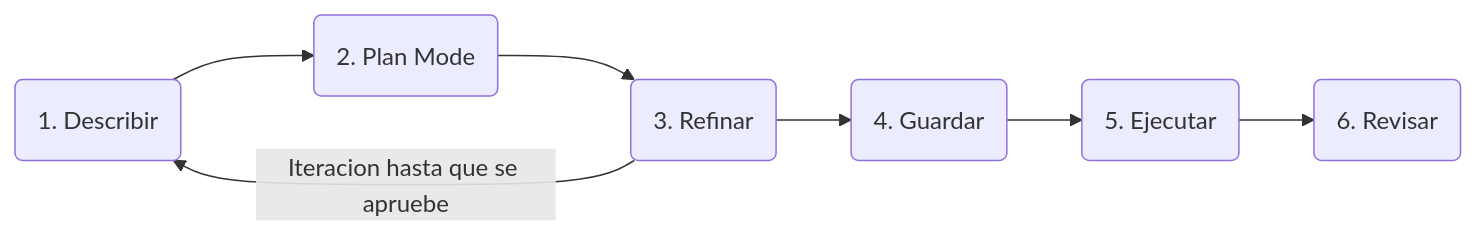
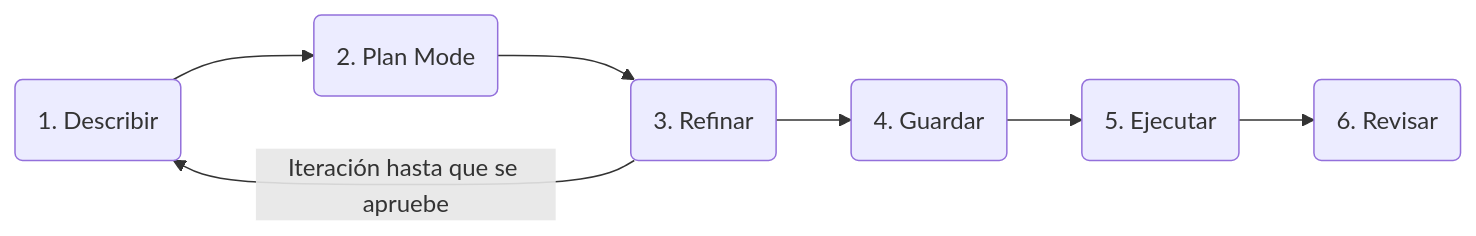
One commit to sramire3000/documentacion changed the diagram in OpenCode/SpecDrivenDevelopment.md. Above: the diagram before and after it, drawn with Mermaid.

Commit message:
Fix formatting of iteration arrow in diagram

````diff
--- a/OpenCode/SpecDrivenDevelopment.md
+++ b/OpenCode/SpecDrivenDevelopment.md
@@ -4,9 +4,9 @@
 ```mermaid
 graph LR
 A(1. Describir) --> B(2. Plan Mode)
 B --> C(3. Refinar)
-C -- Iteracion hasta que se apruebe --> A
+C -- Iteración hasta que se apruebe --> A
 C --> D(4. Guardar)
 D --> E(5. Ejecutar)
 E --> F(6. Revisar)
 ```
````
